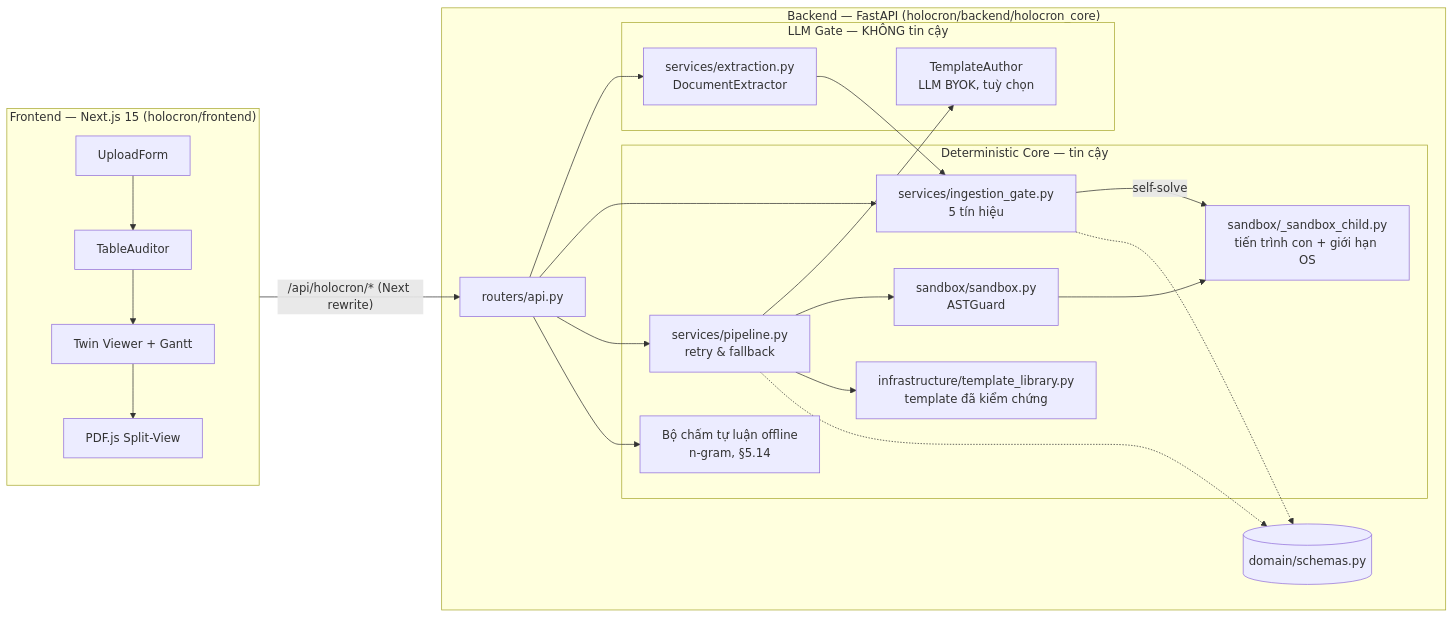
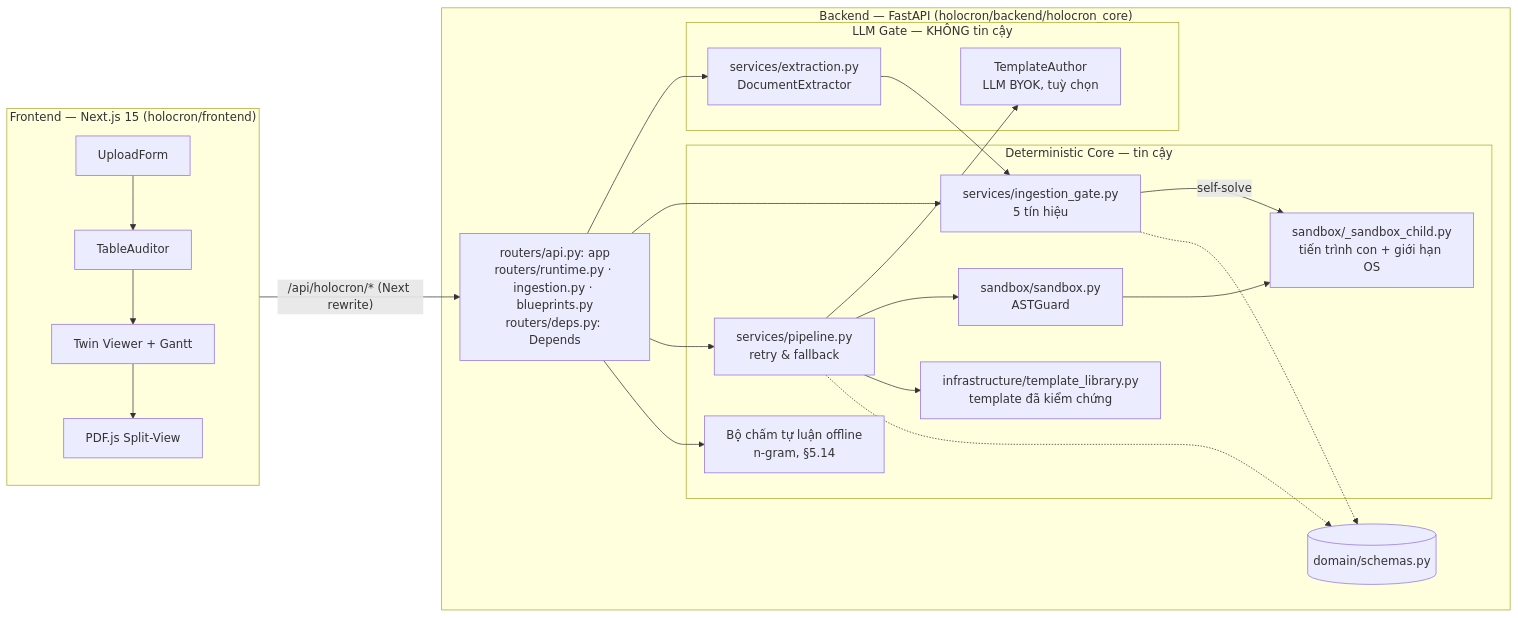
Before and after one commit to Nha-Cong-Dong/Holocron: the first of 2 diagrams in SPECIFICATION.md, drawn with Mermaid. The commit also changed other lines of this file, not shown here.

Commit message:
docs(spec): point the remaining routers/api.py references at the split routers

````diff
--- a/SPECIFICATION.md
+++ b/SPECIFICATION.md
@@ -213,35 +213,35 @@
 ```mermaid
 flowchart LR
   subgraph FE["Frontend — Next.js 15 (holocron/frontend)"]
     UP[UploadForm] --> TA[TableAuditor]
     TA --> TW[Twin Viewer + Gantt]
     TW --> PDF[PDF.js Split-View]
   end
   subgraph BE["Backend — FastAPI (holocron/backend/holocron_core)"]
-    R[routers/api.py]
+    R[routers/api.py: app<br/>routers/runtime.py · ingestion.py · blueprints.py<br/>routers/deps.py: Depends]
     subgraph LLMGate["LLM Gate — KHÔNG tin cậy"]
       EX[services/extraction.py<br/>DocumentExtractor]
       AU[TemplateAuthor<br/>LLM BYOK, tuỳ chọn]
     end
     subgraph Core["Deterministic Core — tin cậy"]
       G[services/ingestion_gate.py<br/>5 tín hiệu]
       P[services/pipeline.py<br/>retry & fallback]
       AST[sandbox/sandbox.py<br/>ASTGuard]
       SB[sandbox/_sandbox_child.py<br/>tiến trình con + giới hạn OS]
       TL[infrastructure/template_library.py<br/>template đã kiểm chứng]
       EG[Bộ chấm tự luận offline<br/>n-gram, §5.14]
     end
     D[(domain/schemas.py)]
   end
   FE -- "/api/holocron/* (Next rewrite)" --> R
   R --> EX --> G
   R --> G
   G -- self-solve --> SB
   R --> P
   P --> AU
   P --> AST --> SB
   P --> TL
   R --> EG
   G -.-> D
   P -.-> D
 ```
````
